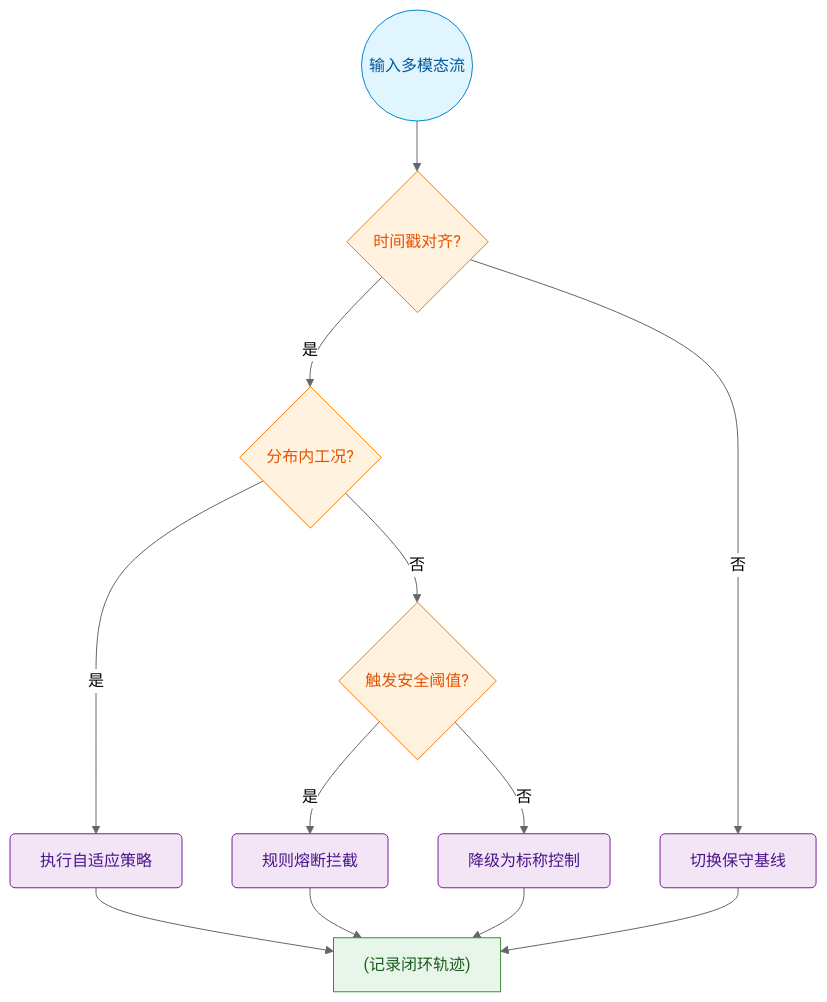
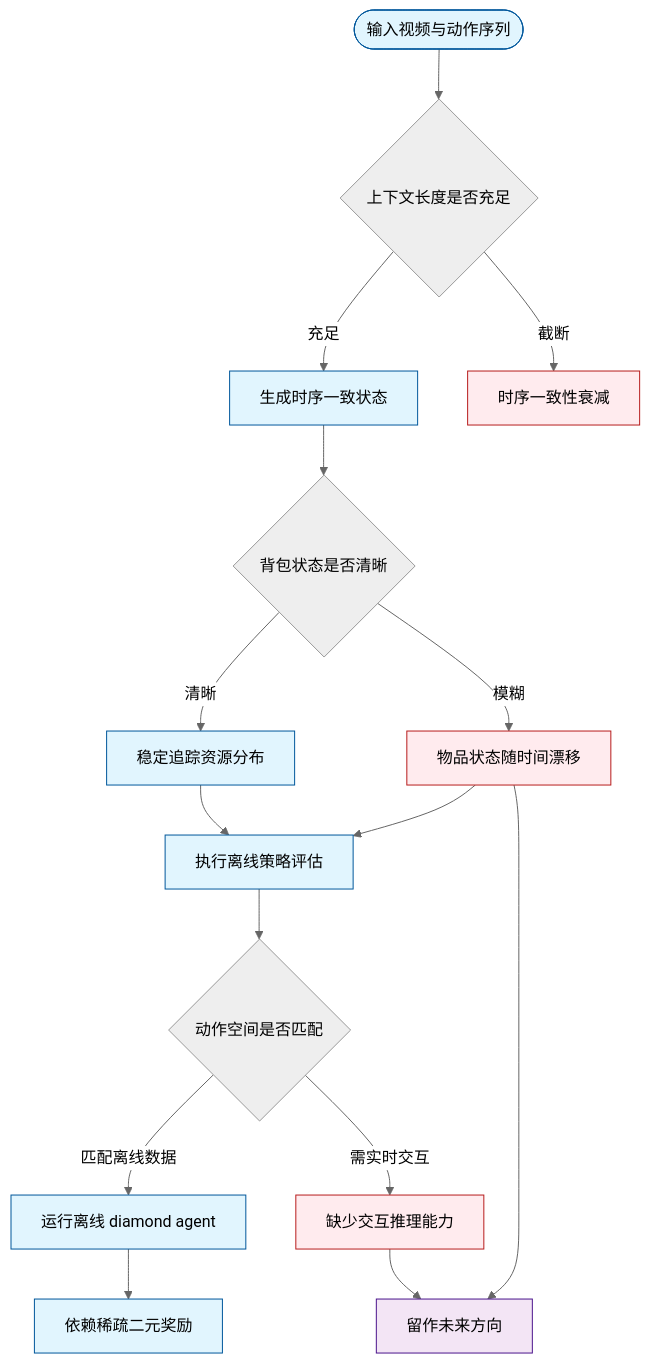
One commit to ShinewineW/paper-rolling changed the ninth of 10 diagrams in person_vault/2026-06-12_TrainingAgentsInsideOfScalableWorldModel_2509.24527/report.md. Above: the diagram before and after it, drawn with Mermaid (neutral theme). The commit also changed other lines of this file and 51 other files, not shown here.

````diff
--- a/person_vault/2026-06-12_TrainingAgentsInsideOfScalableWorldModel_2509.24527/report.md
+++ b/person_vault/2026-06-12_TrainingAgentsInsideOfScalableWorldModel_2509.24527/report.md
@@ -431,19 +625,25 @@
 ```mermaid
 flowchart TD
-    classDef start_end fill:#e1f5fe,color:#01579b,stroke:#0288d1,rx:10,ry:10;
-    classDef decision fill:#fff3e0,color:#e65100,stroke:#f57c00,shape:rhombus;
-    classDef data fill:#e8f5e9,color:#1b5e20,stroke:#388e3c,shape:cylinder;
-    classDef process fill:#f3e5f5,color:#4a148c,stroke:#7b1fa2,rx:5,ry:5;
+    classDef current fill:#e1f5fe,stroke:#01579b,color:#000;
+    classDef limit fill:#ffebee,stroke:#b71c1c,color:#000;
+    classDef future fill:#f3e5f5,stroke:#4a148c,color:#000;
 
-    start((输入多模态流)):::start_end --> sync_check{时间戳对齐?}:::decision
-    sync_check -->|是| dist_check{分布内工况?}:::decision
-    sync_check -->|否| fallback["切换保守基线"]:::process
-    dist_check -->|是| policy_exec["执行自适应策略"]:::process
-    dist_check -->|否| safety_gate{触发安全阈值?}:::decision
-    safety_gate -->|是| hard_stop["规则熔断拦截"]:::process
-    safety_gate -->|否| degrade["降级为标称控制"]:::process
-    policy_exec --> log_data["(记录闭环轨迹)"]:::data
-    fallback --> log_data
-    hard_stop --> log_data
-    degrade --> log_data
+    start_node(["输入视频与动作序列"]) --> ctx_check{上下文长度是否充足}
+    ctx_check -- 充足 --> gen_state["生成时序一致状态"]
+    ctx_check -- 截断 --> decay["时序一致性衰减"]
+    gen_state --> inv_check{背包状态是否清晰}
+    inv_check -- 清晰 --> stable_track["稳定追踪资源分布"]
+    inv_check -- 模糊 --> inv_drift["物品状态随时间漂移"]
+    stable_track --> eval_loop["执行离线策略评估"]
+    inv_drift --> eval_loop
+    eval_loop --> action_match{动作空间是否匹配}
+    action_match -- 匹配离线数据 --> offline_agent["运行离线 diamond agent"]
+    action_match -- 需实时交互 --> block_interact["缺少交互推理能力"]
+    offline_agent --> reward_gen["依赖稀疏二元奖励"]
+    block_interact --> future_work["留作未来方向"]
+    inv_drift --> future_work
+
+    class start_node,gen_state,stable_track,eval_loop,offline_agent,reward_gen current;
+    class decay,inv_drift,block_interact limit;
+    class future_work future;
 ```
````
